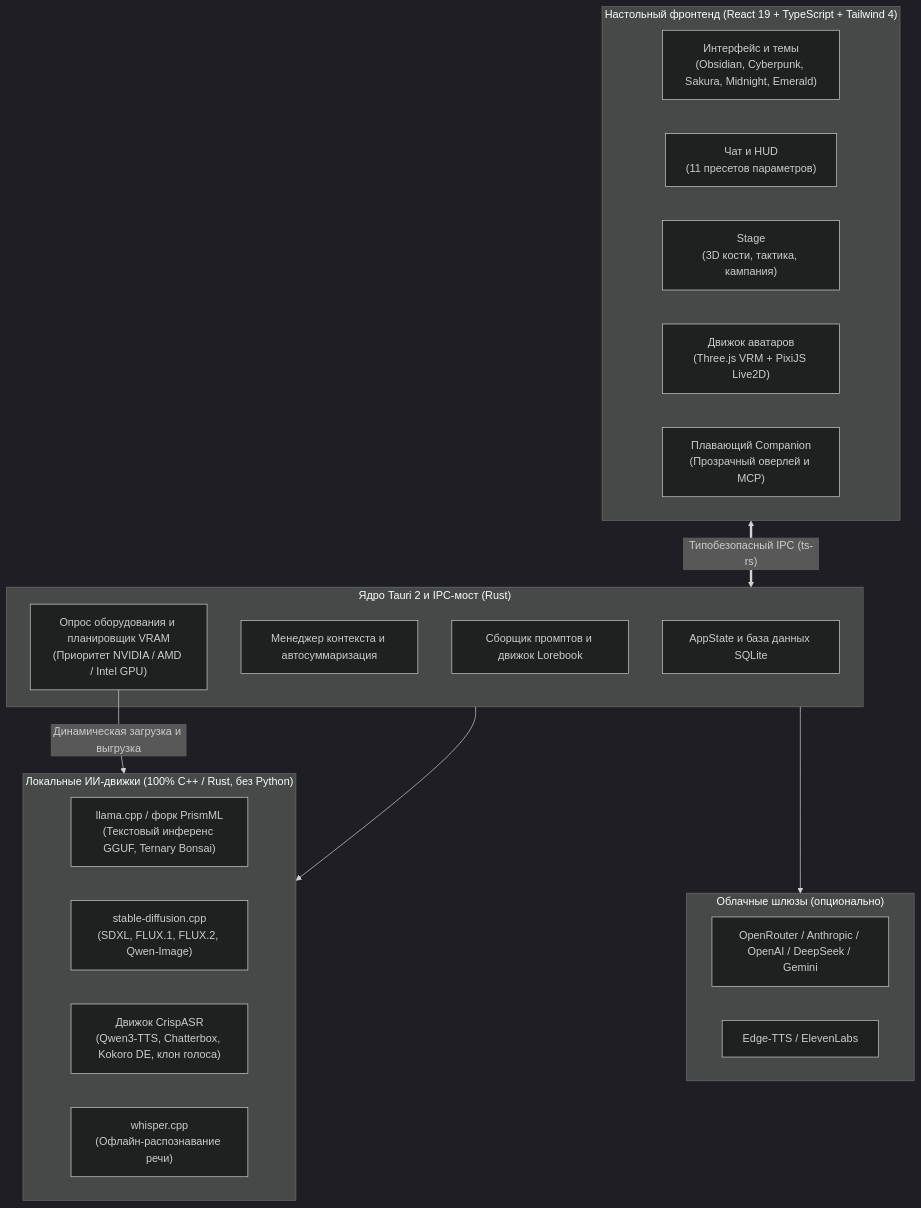
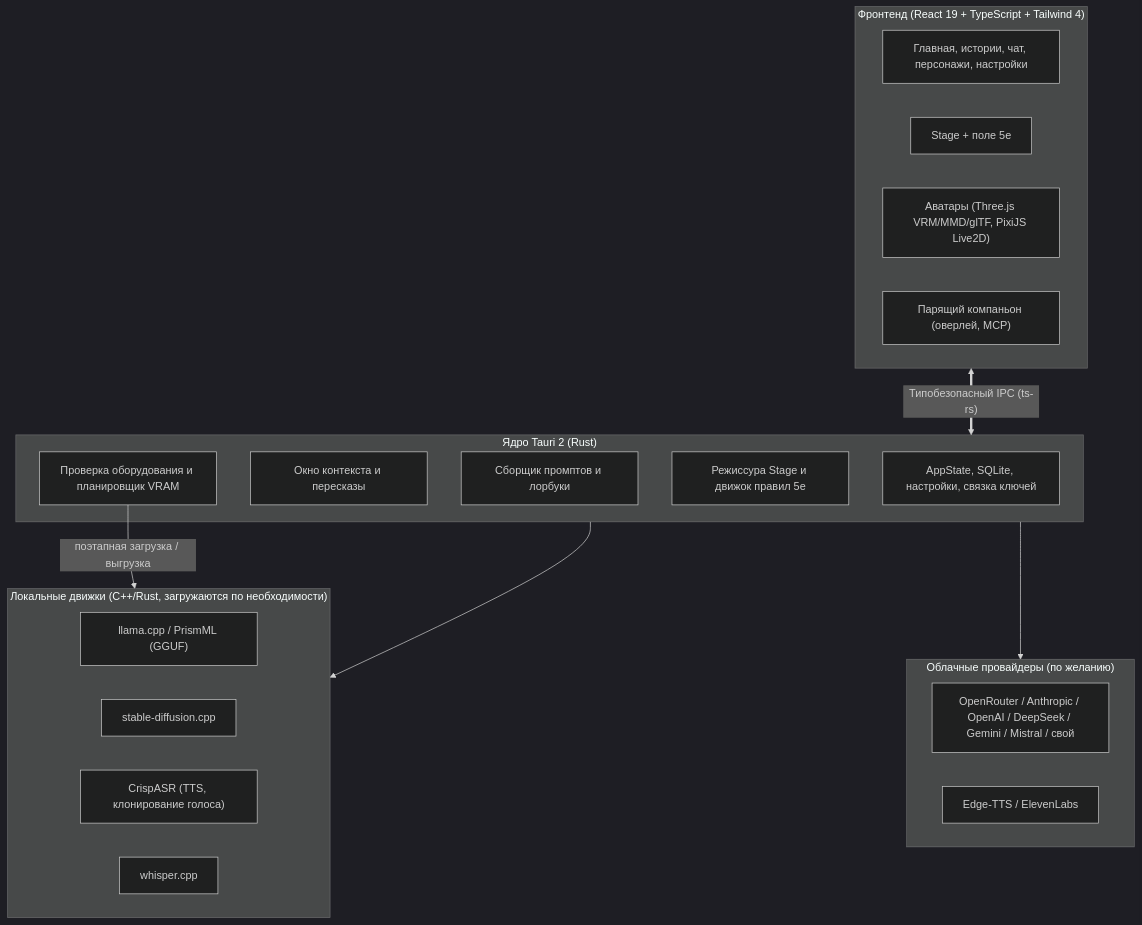
One commit to SnowwhiteOakheart/OtakuSoul changed the first of 2 diagrams in README.ru.md. Above: the diagram before and after it, drawn with Mermaid (dark theme). The commit also changed other lines of this file and 45 other files, not shown here.

````diff
--- a/README.ru.md
+++ b/README.ru.md
@@ -166,34 +188,34 @@
 ```mermaid
 flowchart TD
-    subgraph Frontend["Настольный фронтенд (React 19 + TypeScript + Tailwind 4)"]
-        UI["Интерфейс и темы\n(Obsidian, Cyberpunk, Sakura, Midnight, Emerald)"]
-        ChatUI["Чат и HUD\n(11 пресетов параметров)"]
-        StageUI["Stage\n(3D кости, тактика, кампания)"]
-        AvatarUI["Движок аватаров\n(Three.js VRM + PixiJS Live2D)"]
-        CompanionUI["Плавающий Companion\n(Прозрачный оверлей и MCP)"]
+    subgraph Frontend["Фронтенд (React 19 + TypeScript + Tailwind 4)"]
+        UI["Главная, истории, чат, персонажи, настройки"]
+        StageUI["Stage + поле 5e"]
+        AvatarUI["Аватары (Three.js VRM/MMD/glTF, PixiJS Live2D)"]
+        CompanionUI["Парящий компаньон (оверлей, MCP)"]
     end
 
-    subgraph TauriCore["Ядро Tauri 2 и IPC-мост (Rust)"]
-        State["AppState и база данных SQLite"]
-        ContextMgr["Менеджер контекста и автосуммаризация"]
-        PromptBuilder["Сборщик промптов и движок Lorebook"]
-        HardwareSched["Опрос оборудования и планировщик VRAM\n(Приоритет NVIDIA / AMD / Intel GPU)"]
+    subgraph TauriCore["Ядро Tauri 2 (Rust)"]
+        State["AppState, SQLite, настройки, связка ключей"]
+        ContextMgr["Окно контекста и пересказы"]
+        PromptBuilder["Сборщик промптов и лорбуки"]
+        Rules["Режиссура Stage и движок правил 5e"]
+        HardwareSched["Проверка оборудования и планировщик VRAM"]
     end
 
-    subgraph LocalEngines["Локальные ИИ-движки (100% C++ / Rust, без Python)"]
-        Llama["llama.cpp / форк PrismML\n(Текстовый инференс GGUF, Ternary Bonsai)"]
-        SD["stable-diffusion.cpp\n(SDXL, FLUX.1, FLUX.2, Qwen-Image)"]
-        Crisp["Движок CrispASR\n(Qwen3-TTS, Chatterbox, Kokoro DE, клон голоса)"]
-        Whisper["whisper.cpp\n(Офлайн-распознавание речи)"]
+    subgraph LocalEngines["Локальные движки (C++/Rust, загружаются по необходимости)"]
+        Llama["llama.cpp / PrismML (GGUF)"]
+        SD["stable-diffusion.cpp"]
+        Crisp["CrispASR (TTS, клонирование голоса)"]
+        Whisper["whisper.cpp"]
     end
 
-    subgraph CloudGateways["Облачные шлюзы (опционально)"]
-        CloudLLM["OpenRouter / Anthropic / OpenAI / DeepSeek / Gemini"]
+    subgraph Cloud["Облачные провайдеры (по желанию)"]
+        CloudLLM["OpenRouter / Anthropic / OpenAI / DeepSeek / Gemini / Mistral / свой"]
         CloudTTS["Edge-TTS / ElevenLabs"]
     end
 
     Frontend <==>|"Типобезопасный IPC (ts-rs)"| TauriCore
-    HardwareSched -->|"Динамическая загрузка и выгрузка"| LocalEngines
+    HardwareSched -->|"поэтапная загрузка / выгрузка"| LocalEngines
     TauriCore --> LocalEngines
-    TauriCore --> CloudGateways
+    TauriCore --> Cloud
 ```
````
